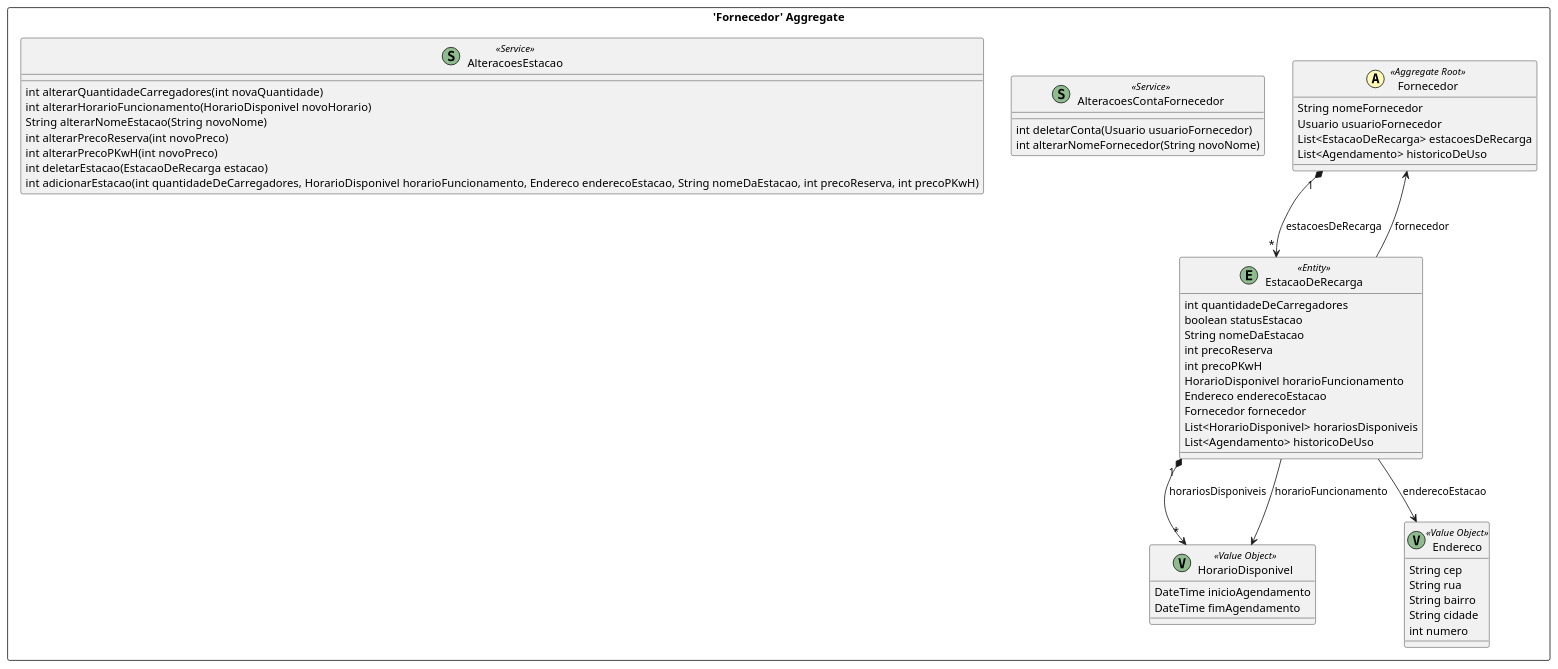
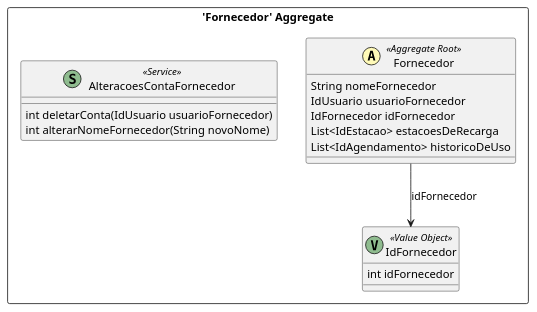
The diagram in src-gen/model_BC_CadastroEControleDeFornecedoresContext_Fornecedor.puml (diegopluna/fds2), drawn with PlantUML before and after one commit. The commit also changed 17 other files, not shown here.

```diff
--- a/src-gen/model_BC_CadastroEControleDeFornecedoresContext_Fornecedor.puml
+++ b/src-gen/model_BC_CadastroEControleDeFornecedoresContext_Fornecedor.puml
@@ -1,56 +1,24 @@
 @startuml
 
 skinparam componentStyle uml2
 
 package "'Fornecedor' Aggregate" <<Rectangle>> {
 	class Fornecedor <<(A,#fffab8) Aggregate Root>> {
 		String nomeFornecedor
-		Usuario usuarioFornecedor
-		List<EstacaoDeRecarga> estacoesDeRecarga
-		List<Agendamento> historicoDeUso
+		IdUsuario usuarioFornecedor
+		IdFornecedor idFornecedor
+		List<IdEstacao> estacoesDeRecarga
+		List<IdAgendamento> historicoDeUso
 	}
-	class EstacaoDeRecarga <<(E,DarkSeaGreen) Entity>> {
-		int quantidadeDeCarregadores
-		boolean statusEstacao
-		String nomeDaEstacao
-		int precoReserva
-		int precoPKwH
-		HorarioDisponivel horarioFuncionamento
-		Endereco enderecoEstacao
-		Fornecedor fornecedor
-		List<HorarioDisponivel> horariosDisponiveis
-		List<Agendamento> historicoDeUso
-	}
-	class HorarioDisponivel <<(V,DarkSeaGreen) Value Object>> {
-		DateTime inicioAgendamento
-		DateTime fimAgendamento
-	}
-	class Endereco <<(V,DarkSeaGreen) Value Object>> {
-		String cep
-		String rua
-		String bairro
-		String cidade
-		int numero
+	class IdFornecedor <<(V,DarkSeaGreen) Value Object>> {
+		int idFornecedor
 	}
 	class AlteracoesContaFornecedor <<(S,DarkSeaGreen) Service>> {
-		int deletarConta(Usuario usuarioFornecedor)
+		int deletarConta(IdUsuario usuarioFornecedor)
 		int alterarNomeFornecedor(String novoNome)
 	}
-	class AlteracoesEstacao <<(S,DarkSeaGreen) Service>> {
-		int alterarQuantidadeCarregadores(int novaQuantidade)
-		int alterarHorarioFuncionamento(HorarioDisponivel novoHorario)
-		String alterarNomeEstacao(String novoNome)
-		int alterarPrecoReserva(int novoPreco)
-		int alterarPrecoPKwH(int novoPreco)
-		int deletarEstacao(EstacaoDeRecarga estacao)
-		int adicionarEstacao(int quantidadeDeCarregadores, HorarioDisponivel horarioFuncionamento, Endereco enderecoEstacao, String nomeDaEstacao, int precoReserva, int precoPKwH)
-	}
 }
-EstacaoDeRecarga "1" *--> "*" HorarioDisponivel : horariosDisponiveis
-EstacaoDeRecarga --> Endereco : enderecoEstacao
-EstacaoDeRecarga --> Fornecedor : fornecedor
-EstacaoDeRecarga --> HorarioDisponivel : horarioFuncionamento
-Fornecedor "1" *--> "*" EstacaoDeRecarga : estacoesDeRecarga
+Fornecedor --> IdFornecedor : idFornecedor
 
 
 @enduml
```
